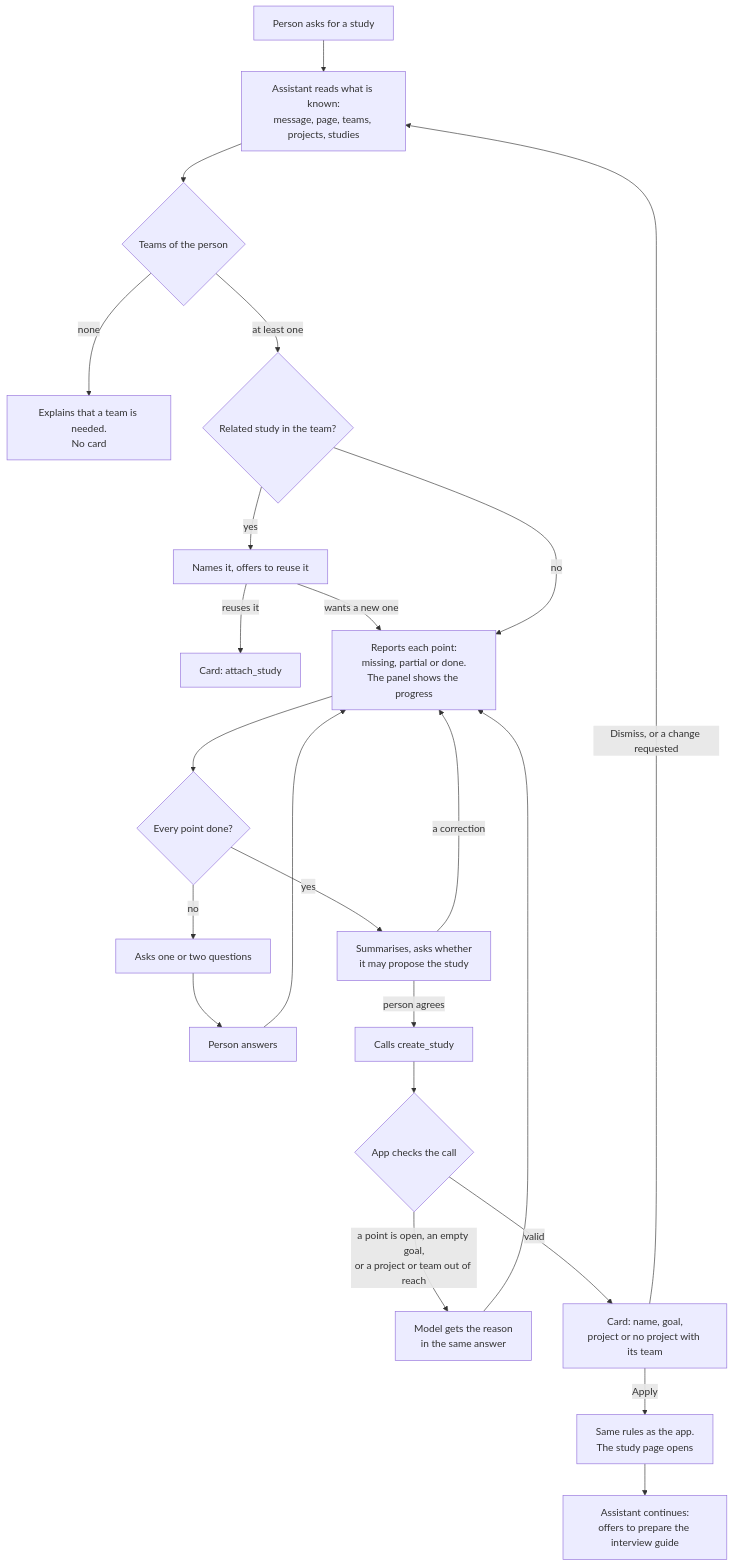
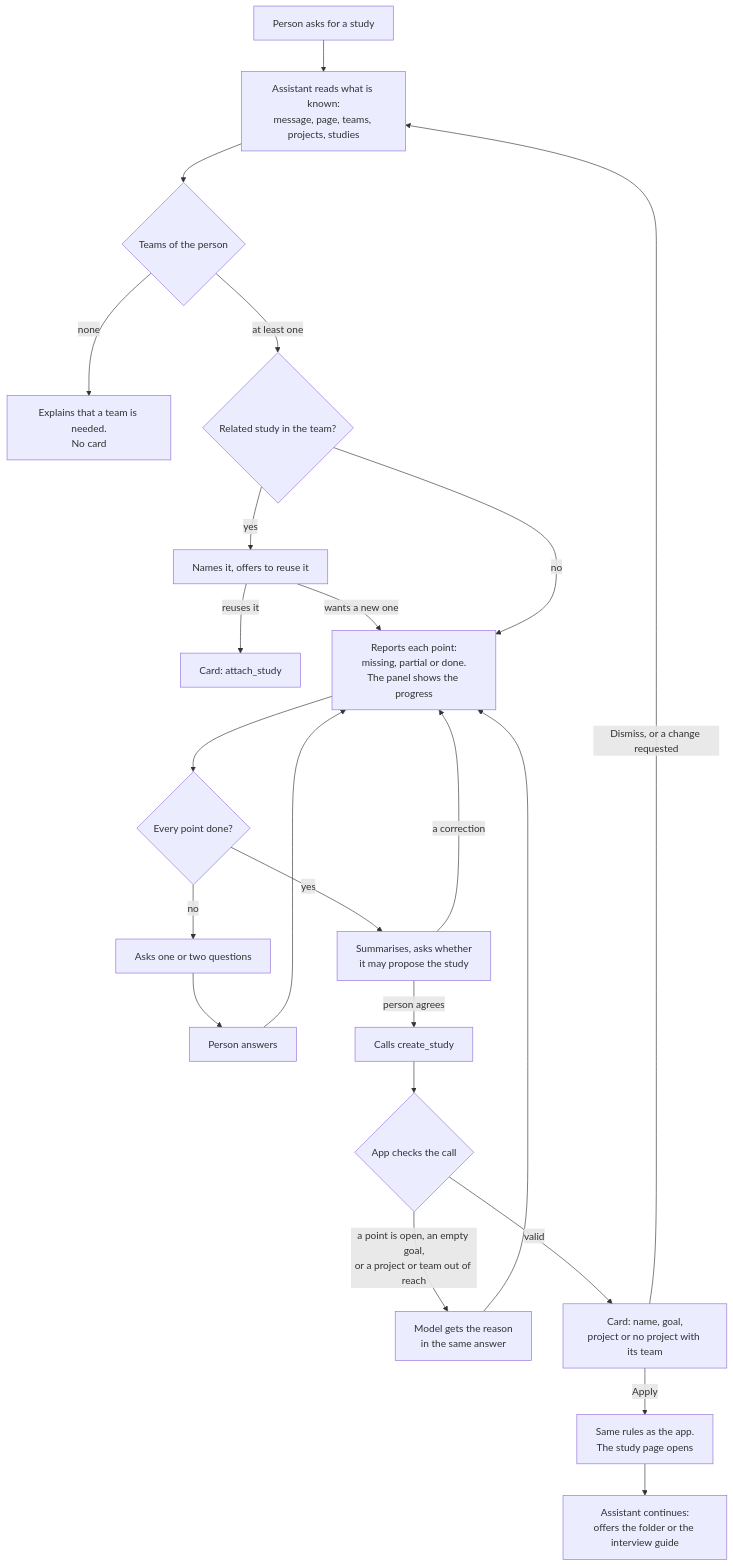
One commit to binarii-io/goodresearch changed the second of 2 diagrams in docs/agent-journeys/04-create-study.md. Above: the diagram before and after it, drawn with Mermaid. The commit also changed other lines of this file and 58 other files, not shown here.

First line of the commit message:
feat(assistant): attach a study's folder, and offer choices to select (spec 022) (#32)

````diff
--- a/docs/agent-journeys/04-create-study.md
+++ b/docs/agent-journeys/04-create-study.md
@@ -35,25 +35,25 @@
 ```mermaid
 flowchart TD
     A["Person asks for a study"] --> B["Assistant reads what is known:<br/>message, page, teams, projects, studies"]
     B --> T{"Teams of the person"}
     T -->|"none"| T0["Explains that a team is needed.<br/>No card"]
     T -->|"at least one"| R{"Related study in the team?"}
     R -->|"yes"| R1["Names it, offers to reuse it"]
     R1 -->|"reuses it"| R2["Card: attach_study"]
     R1 -->|"wants a new one"| L
     R -->|"no"| L["Reports each point:<br/>missing, partial or done.<br/>The panel shows the progress"]
     L --> Q{"Every point done?"}
     Q -->|"no"| Q1["Asks one or two questions"]
     Q1 --> E["Person answers"]
     E --> L
     Q -->|"yes"| S["Summarises, asks whether<br/>it may propose the study"]
     S -->|"a correction"| L
     S -->|"person agrees"| P["Calls create_study"]
     P --> V{"App checks the call"}
     V -->|"a point is open, an empty goal,<br/>or a project or team out of reach"| V1["Model gets the reason<br/>in the same answer"]
     V1 --> L
     V -->|"valid"| C["Card: name, goal,<br/>project or no project with its team"]
     C -->|"Dismiss, or a change requested"| B
     C -->|"Apply"| N["Same rules as the app.<br/>The study page opens"]
-    N --> F["Assistant continues:<br/>offers to prepare the interview guide"]
+    N --> F["Assistant continues:<br/>offers the folder or the interview guide"]
 ```
````
